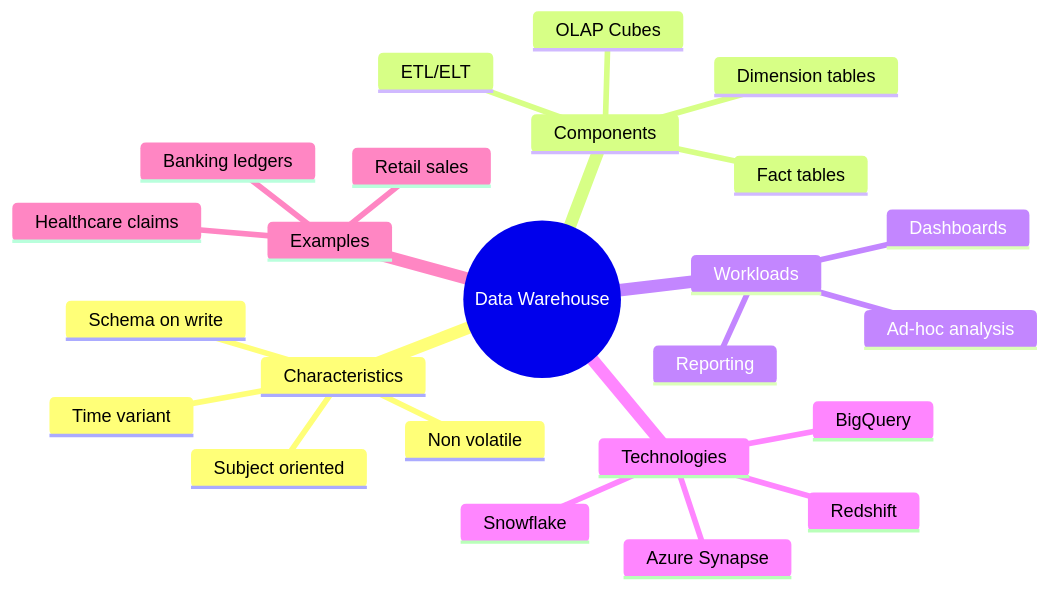
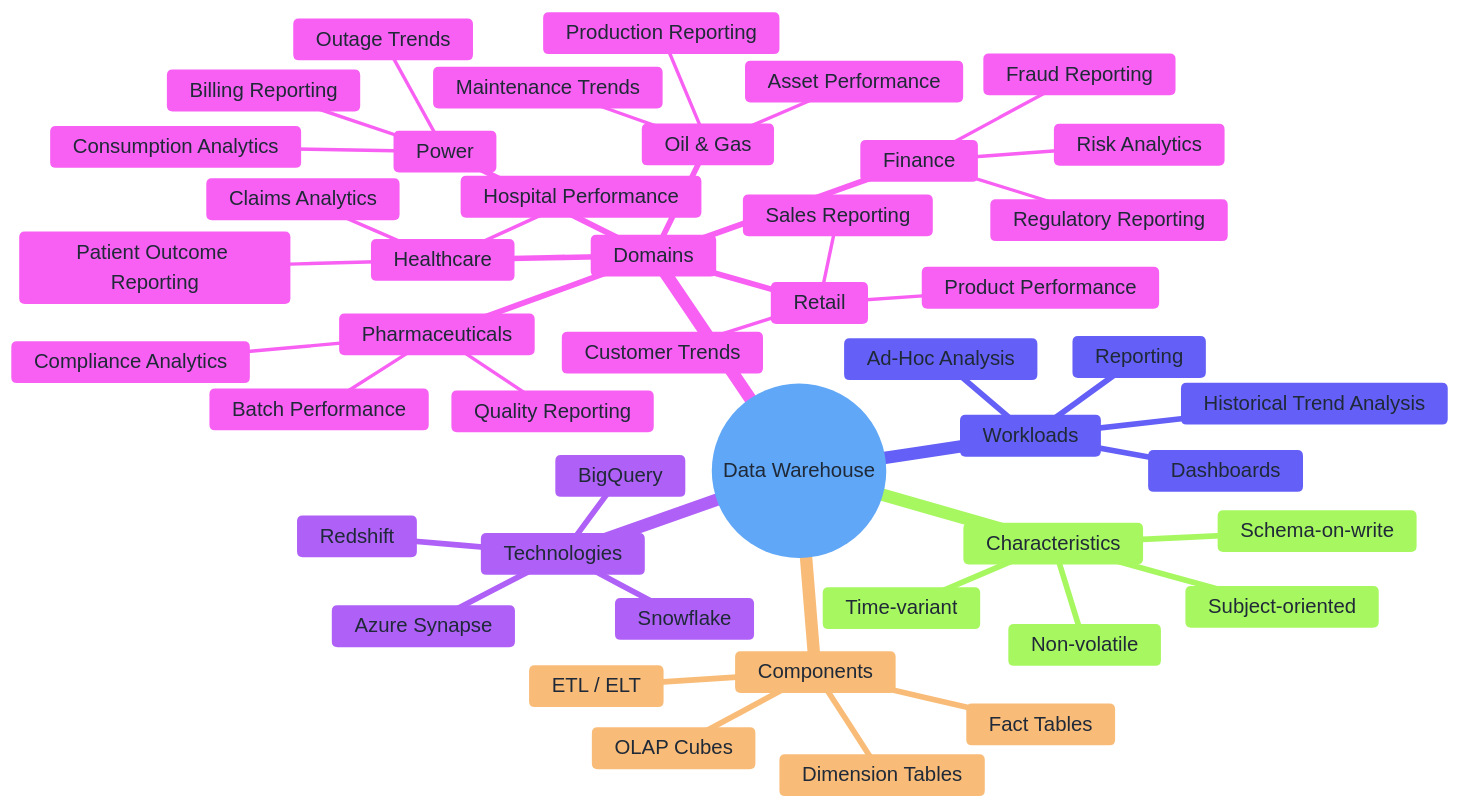
Before and after one commit to tinitiateprime/tinitiate-data-engineering: the second of 2 diagrams in data-warehouse.md, drawn with Mermaid. The commit also changed other lines of this file, not shown here.

````diff
--- a/data-warehouse.md
+++ b/data-warehouse.md
@@ -26,27 +64,60 @@
 ```mermaid
+%%{init: {
+  "theme": "base",
+  "themeVariables": {
+    "background": "#0F1117",
+    "primaryColor": "#D9EAFD",
+    "primaryTextColor": "#1F2937",
+    "primaryBorderColor": "#D1D5DB",
+    "lineColor": "#94A3B8",
+    "fontSize": "18px"
+  }
+}}%%
 mindmap
   root((Data Warehouse))
     Characteristics
-      Schema on write
-      Time variant
-      Subject oriented
-      Non volatile
+      Schema-on-write
+      Time-variant
+      Subject-oriented
+      Non-volatile
     Components
-      ETL/ELT
-      Fact tables
-      Dimension tables
+      ETL / ELT
+      Fact Tables
+      Dimension Tables
       OLAP Cubes
     Workloads
       Reporting
       Dashboards
-      Ad-hoc analysis
+      Ad-Hoc Analysis
+      Historical Trend Analysis
     Technologies
       Snowflake
       Redshift
       BigQuery
       Azure Synapse
-    Examples
-      Retail sales
-      Banking ledgers
-      Healthcare claims
+    Domains
+      Finance
+        Fraud Reporting
+        Risk Analytics
+        Regulatory Reporting
+      Healthcare
+        Claims Analytics
+        Patient Outcome Reporting
+        Hospital Performance
+      Retail
+        Sales Reporting
+        Product Performance
+        Customer Trends
+      Oil & Gas
+        Production Reporting
+        Asset Performance
+        Maintenance Trends
+      Power
+        Consumption Analytics
+        Billing Reporting
+        Outage Trends
+      Pharmaceuticals
+        Quality Reporting
+        Batch Performance
+        Compliance Analytics
 ``` 
````
